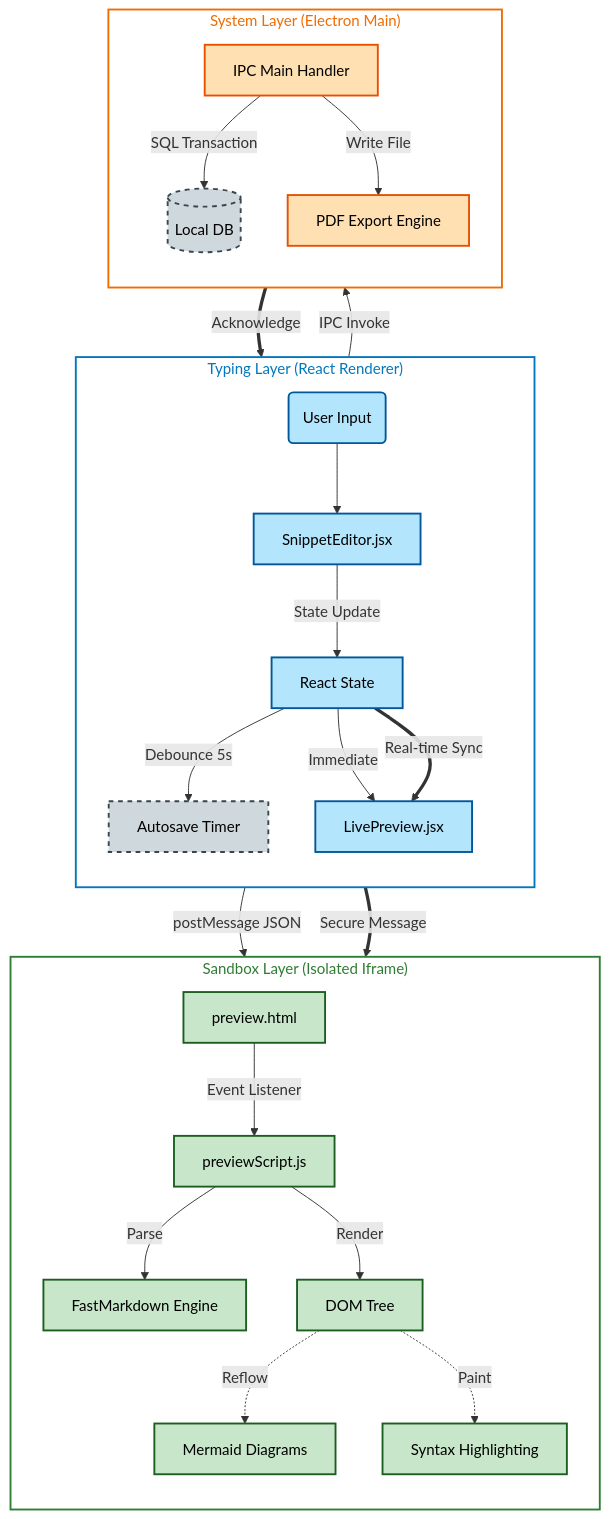
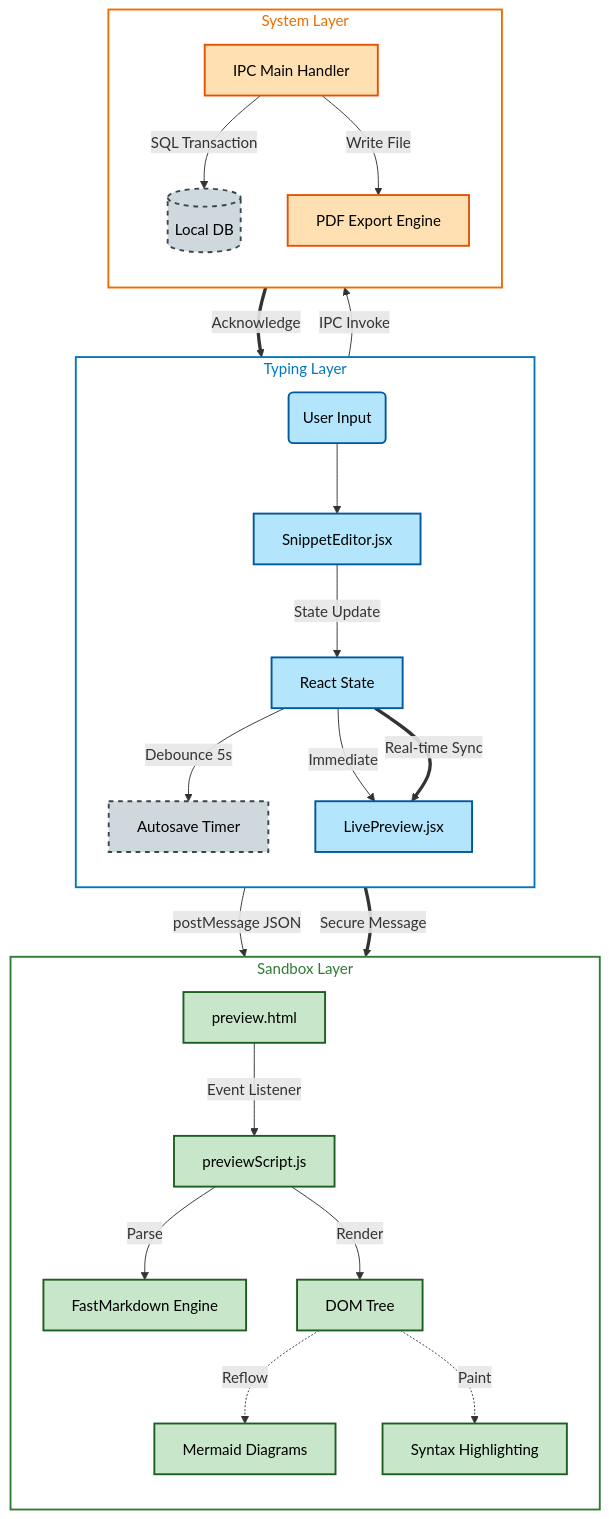
Before and after one commit to Saboor-Hamedi/dev-snippet: the third of 4 diagrams in notes/GUIDE.md, drawn with Mermaid. The commit also changed other lines of this file and 40 other files, not shown here.

Commit message:
I have added 2 modes flow mode and zen mode, both are workign seemlesly perfect.

````diff
--- a/notes/GUIDE.md
+++ b/notes/GUIDE.md
@@ -135,50 +147,50 @@
 ```mermaid
 flowchart TD
-    subgraph Typing_Layer ["Typing Layer (React Renderer)"]
+    subgraph Typing_Layer ["Typing Layer"]
         direction TB
-        UserInput(User Input) --> EditorComp[SnippetEditor.jsx]
+        UserInput(User Input) --> EditorComp["SnippetEditor.jsx"]
         EditorComp -->|State Update| ReactState[React State]
         ReactState -->|Debounce 5s| Timer[Autosave Timer]
-        ReactState -->|Immediate| PreviewMgr[LivePreview.jsx]
+        ReactState -->|Immediate| PreviewMgr["LivePreview.jsx"]
     end
 
-    subgraph System_Layer ["System Layer (Electron Main)"]
+    subgraph System_Layer ["System Layer"]
         direction TB
         Timer -->|IPC Invoke| IPCHandler[IPC Main Handler]
         IPCHandler -->|SQL Transaction| SQLite[(Local DB)]
         IPCHandler -->|Write File| PDFEngine[PDF Export Engine]
     end
 
-    subgraph Sandbox_Layer ["Sandbox Layer (Isolated Iframe)"]
+    subgraph Sandbox_Layer ["Sandbox Layer"]
         direction TB
-        PreviewMgr -->|postMessage JSON| IframeWindow[preview.html]
-        IframeWindow -->|Event Listener| Script[previewScript.js]
+        PreviewMgr -->|postMessage JSON| IframeWindow["preview.html"]
+        IframeWindow -->|Event Listener| Script["previewScript.js"]
         Script -->|Parse| FastMD[FastMarkdown Engine]
         Script -->|Render| DOM[DOM Tree]
 
         DOM -.->|Reflow| Mermaid[Mermaid Diagrams]
         DOM -.->|Paint| HLJS[Syntax Highlighting]
     end
 
     %% Data Flow Connections
     ReactState == Real-time Sync ==> PreviewMgr
     PreviewMgr == Secure Message ==> IframeWindow
     IPCHandler == Acknowledge ==> EditorComp
 
-    %% Styling Definitions - Saturated Colors to avoid "White Layer" look
-    classDef react fill:#b3e5fc,stroke:#01579b,stroke-width:2px,color:black;
-    classDef electron fill:#ffe0b2,stroke:#e65100,stroke-width:2px,color:black;
-    classDef sandbox fill:#c8e6c9,stroke:#1b5e20,stroke-width:2px,color:black;
-    classDef storage fill:#cfd8dc,stroke:#37474f,stroke-width:2px,stroke-dasharray: 5 5,color:black;
+    %% Styling Definitions
+    classDef react fill:#b3e5fc,stroke:#01579b,stroke-width:2px,color:black
+    classDef electron fill:#ffe0b2,stroke:#e65100,stroke-width:2px,color:black
+    classDef sandbox fill:#c8e6c9,stroke:#1b5e20,stroke-width:2px,color:black
+    classDef storage fill:#cfd8dc,stroke:#37474f,stroke-width:2px,stroke-dasharray:5,color:black
 
-    %% Subgraph Styling - Transparent Backgrounds
+    %% Subgraph Styling
     style Typing_Layer fill:none,stroke:#0277bd,stroke-width:2px,color:#0277bd
     style System_Layer fill:none,stroke:#ef6c00,stroke-width:2px,color:#ef6c00
     style Sandbox_Layer fill:none,stroke:#2e7d32,stroke-width:2px,color:#2e7d32
 
     %% Apply Styles
-    class EditorComp,ReactState,PreviewMgr,UserInput react;
-    class IPCHandler,PDFEngine electron;
-    class IframeWindow,Script,FastMD,DOM,Mermaid,HLJS sandbox;
-    class Timer,SQLite,DB storage;
+    class EditorComp,ReactState,PreviewMgr,UserInput react
+    class IPCHandler,PDFEngine electron
+    class IframeWindow,Script,FastMD,DOM,Mermaid,HLJS sandbox
+    class Timer,SQLite,DB storage
 ```
````
